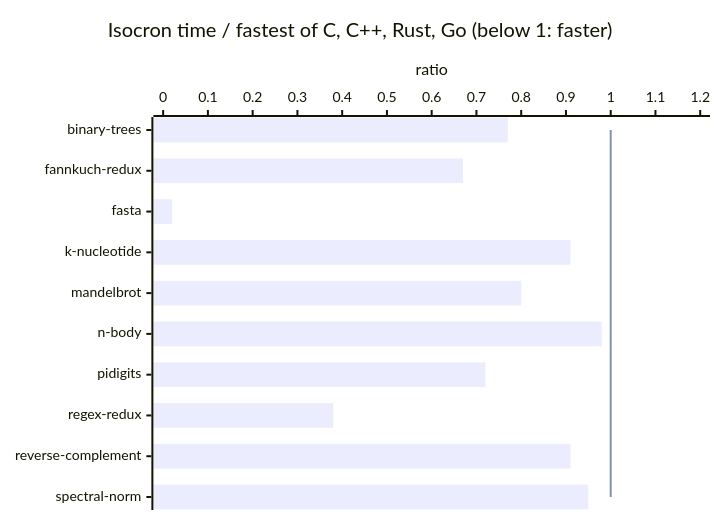
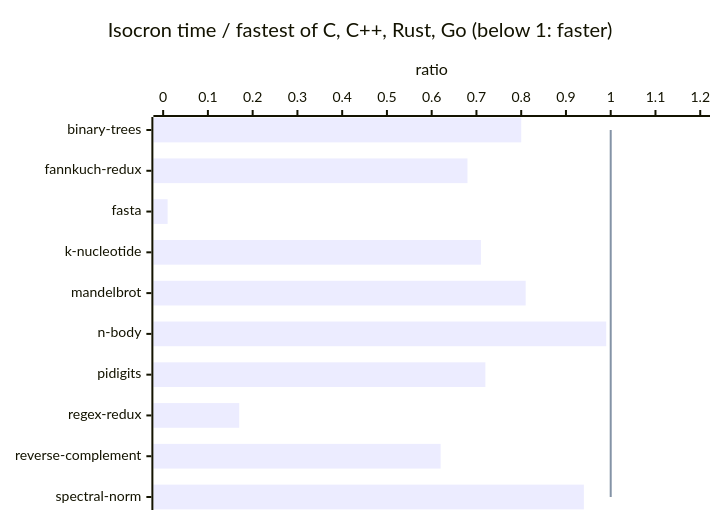
One commit to jbillard/isocron changed the diagram in results/benchmarks_game.md. Above: the diagram before and after it, drawn with Mermaid. The commit also changed other lines of this file and 6 other files, not shown here.

````diff
--- a/results/benchmarks_game.md
+++ b/results/benchmarks_game.md
@@ -23,8 +23,8 @@
 ```mermaid
 xychart-beta horizontal
     title "Isocron time / fastest of C, C++, Rust, Go (below 1: faster)"
     x-axis ["binary-trees", "fannkuch-redux", "fasta", "k-nucleotide", "mandelbrot", "n-body", "pidigits", "regex-redux", "reverse-complement", "spectral-norm"]
     y-axis "ratio" 0 --> 1.2
-    bar [0.77, 0.67, 0.02, 0.91, 0.80, 0.98, 0.72, 0.38, 0.91, 0.95]
+    bar [0.80, 0.68, 0.01, 0.71, 0.81, 0.99, 0.72, 0.17, 0.62, 0.94]
     line [1.00, 1.00, 1.00, 1.00, 1.00, 1.00, 1.00, 1.00, 1.00, 1.00]
 ```
````
